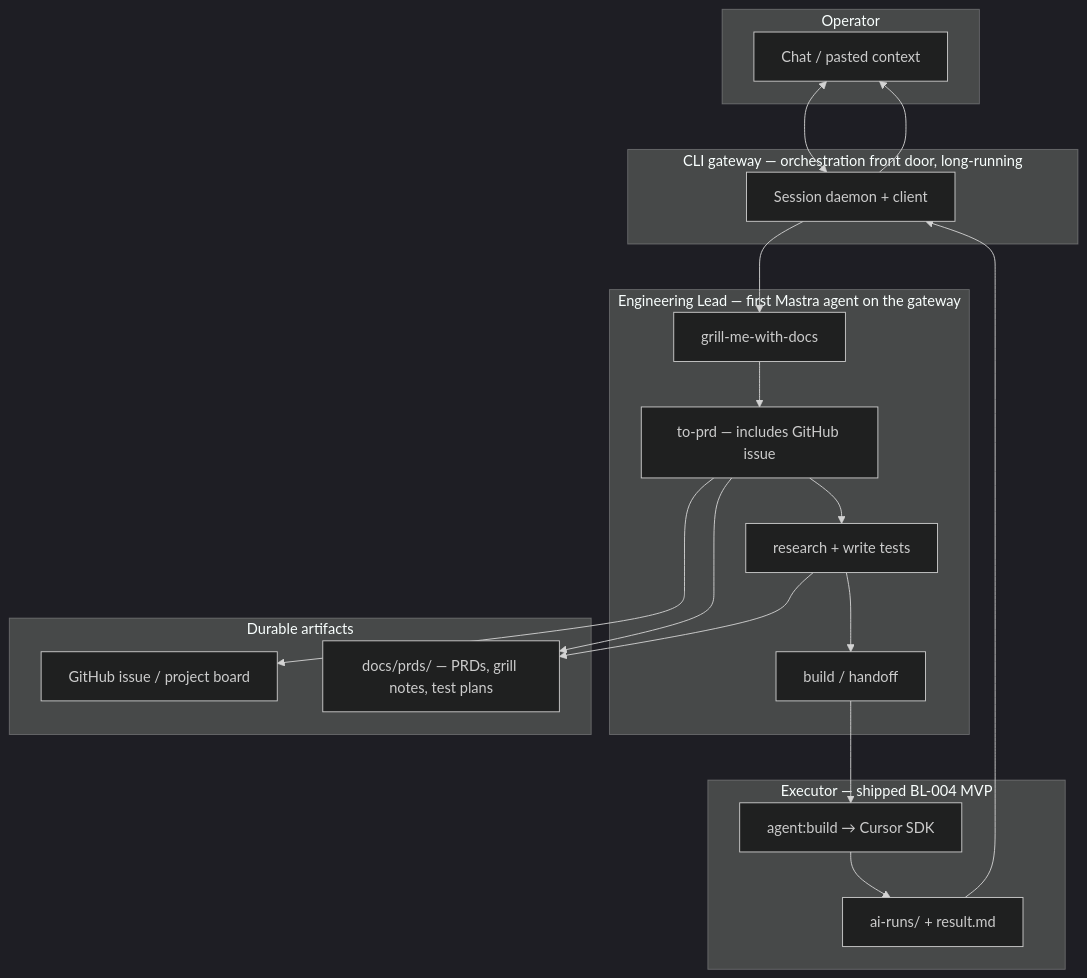
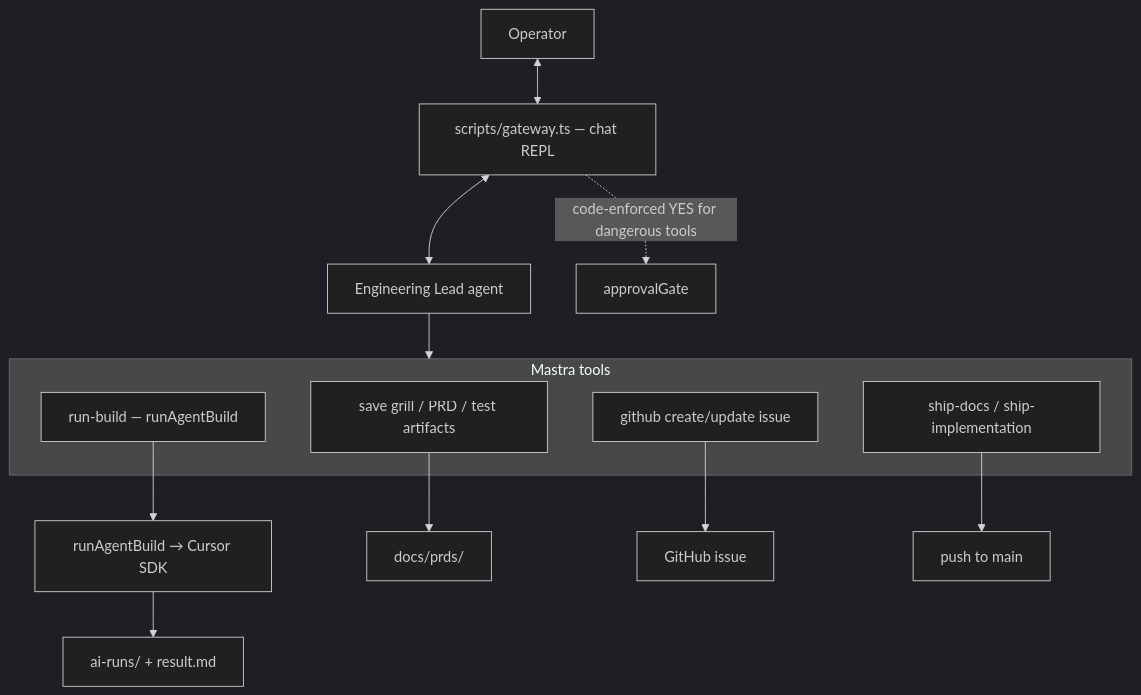
Before and after one commit to mikebrowne/michael-os: the diagram in docs/phase-2-engineering-loop.md, drawn with Mermaid (dark theme). The commit also changed other lines of this file and 23 other files, not shown here.

First line of the commit message:
feat: Phase 2 engineering loop — agentic gateway and tools

````diff
--- a/docs/phase-2-engineering-loop.md
+++ b/docs/phase-2-engineering-loop.md
@@ -18,29 +20,17 @@
 ```mermaid
 flowchart TB
-  subgraph operator [Operator]
-    OP[Chat / pasted context]
+  OP[Operator] <--> GW["scripts/gateway.ts — chat REPL"]
+  GW <--> EL["Engineering Lead agent"]
+  GW -.->|"code-enforced YES for dangerous tools"| GATE["approvalGate"]
+  subgraph tools [Mastra tools]
+    T1["save grill / PRD / test artifacts"]
+    T2["github create/update issue"]
+    T3["run-build — runAgentBuild"]
+    T4["ship-docs / ship-implementation"]
   end
-  subgraph gateway [CLI gateway — orchestration front door, long-running]
-    GW[Session daemon + client]
-  end
-  subgraph agent [Engineering Lead — first Mastra agent on the gateway]
-    S1[grill-me-with-docs]
-    S2[to-prd — includes GitHub issue]
-    S3[research + write tests]
-    S4[build / handoff]
-    GW --> S1 --> S2 --> S3 --> S4
-  end
-  subgraph durable [Durable artifacts]
-    GH[GitHub issue / project board]
-    PRD[docs/prds/ — PRDs, grill notes, test plans]
-  end
-  subgraph executor [Executor — shipped BL-004 MVP]
-    AB[agent:build → Cursor SDK]
-    RUN[ai-runs/ + result.md]
-  end
-  OP <--> GW
-  S2 --> GH
-  S2 --> PRD
-  S3 --> PRD
-  S4 --> AB --> RUN --> GW --> OP
+  EL --> tools
+  T3 --> RAB["runAgentBuild → Cursor SDK"] --> RUN["ai-runs/ + result.md"]
+  T1 --> PRD["docs/prds/"]
+  T2 --> GH["GitHub issue"]
+  T4 --> MAIN["push to main"]
 ```
````
